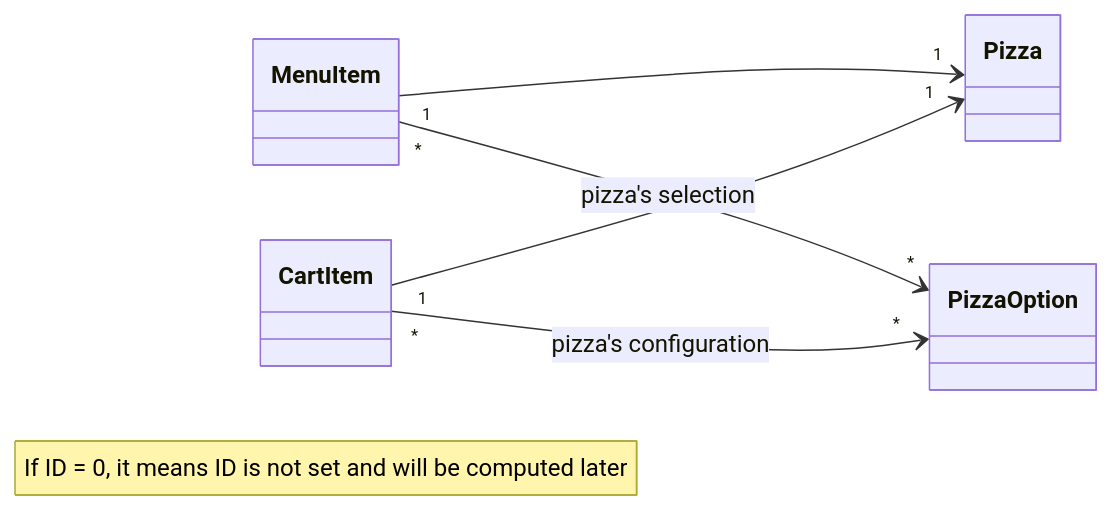
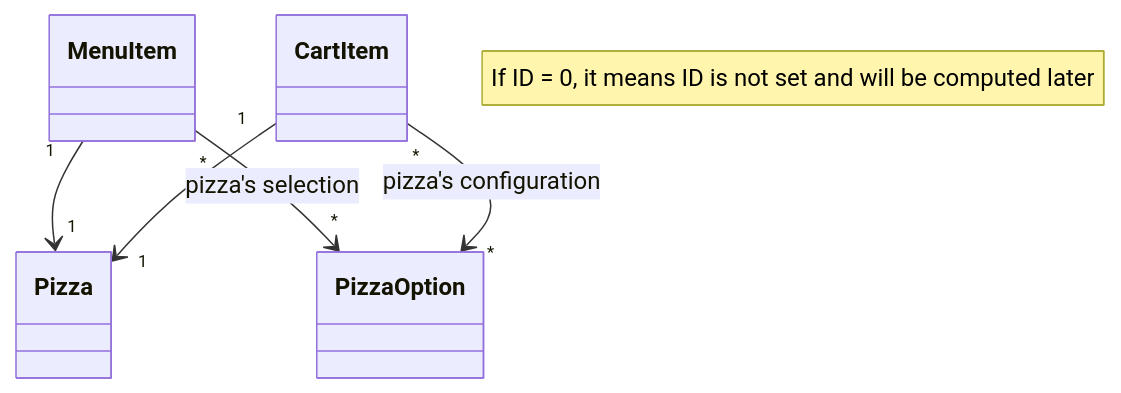
Before and after one commit to ekral/Utb.PizzaKiosk: the diagram in README.md, drawn with Mermaid.

````diff
--- a/README.md
+++ b/README.md
@@ -162,13 +162,13 @@
 ```mermaid
  classDiagram
    note "If ID = 0, it means ID is not set and will be computed later"
-   direction LR
+   %% direction LR
    class PizzaOption
    class Pizza
    class MenuItem
    class CartItem
    MenuItem "1" --> "1"  Pizza
+   CartItem "1" --> "1"  Pizza
    MenuItem "*" --> "*"  PizzaOption : pizza's selection
-   CartItem "1" --> "1"  Pizza
    CartItem "*" --> "*"  PizzaOption : pizza's configuration
 ```
````
